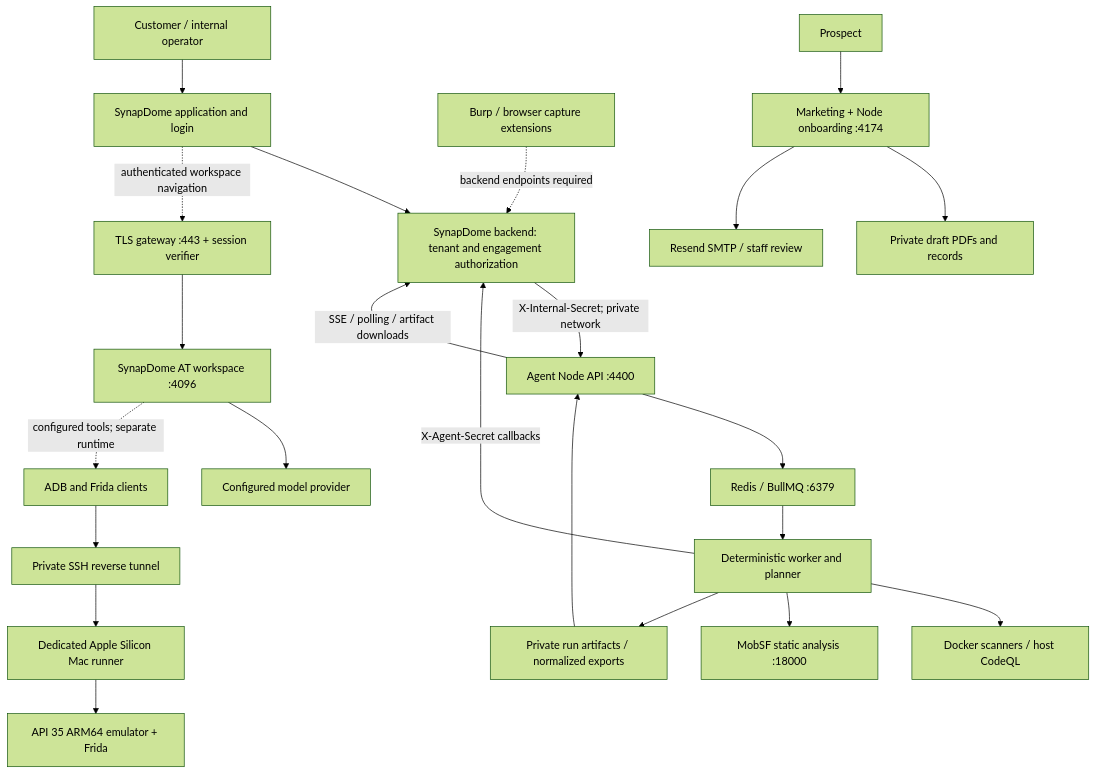
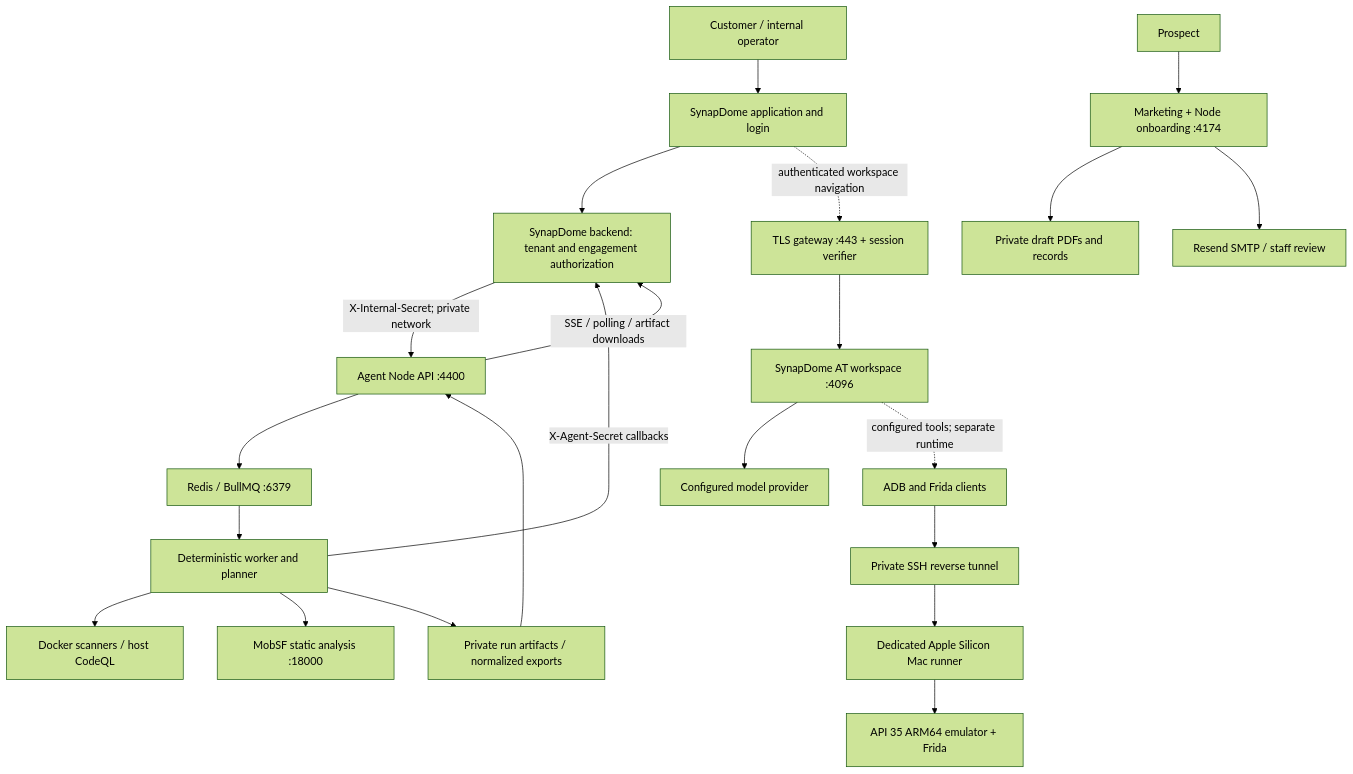
Before and after one commit to Ifex370/redteam-agent-node: the diagram in docs/redteam-architecture.md, drawn with Mermaid (forest theme). The commit also changed other lines of this file and 3 other files, not shown here.

Commit message:
Exclude legacy capture extensions from consolidated red team handoff

````diff
--- a/docs/redteam-architecture.md
+++ b/docs/redteam-architecture.md
@@ -5,25 +5,24 @@
 ```mermaid
 flowchart TB
   User[Customer / internal operator] --> Main[SynapDome application and login]
   Main --> Backend[SynapDome backend: tenant and engagement authorization]
   Backend -->|X-Internal-Secret; private network| API[Agent Node API :4400]
   API --> Queue[Redis / BullMQ :6379]
   Queue --> Worker[Deterministic worker and planner]
   Worker --> Scanners[Docker scanners / host CodeQL]
   Worker --> MobSF[MobSF static analysis :18000]
   Worker --> Evidence[Private run artifacts / normalized exports]
   Evidence --> API
   Worker -->|X-Agent-Secret callbacks| Backend
   API -->|SSE / polling / artifact downloads| Backend
   Main -. authenticated workspace navigation .-> Gateway[TLS gateway :443 + session verifier]
   Gateway --> AT[SynapDome AT workspace :4096]
   AT --> Model[Configured model provider]
   AT -. configured tools; separate runtime .-> LabClient[ADB and Frida clients]
   LabClient --> Tunnel[Private SSH reverse tunnel]
   Tunnel --> Mac[Dedicated Apple Silicon Mac runner]
   Mac --> Android[API 35 ARM64 emulator + Frida]
-  Extensions[Burp / browser capture extensions] -. backend endpoints required .-> Backend
   Prospect[Prospect] --> Intake[Marketing + Node onboarding :4174]
   Intake --> PrivatePDF[Private draft PDFs and records]
   Intake --> SMTP[Resend SMTP / staff review]
 ```
````
